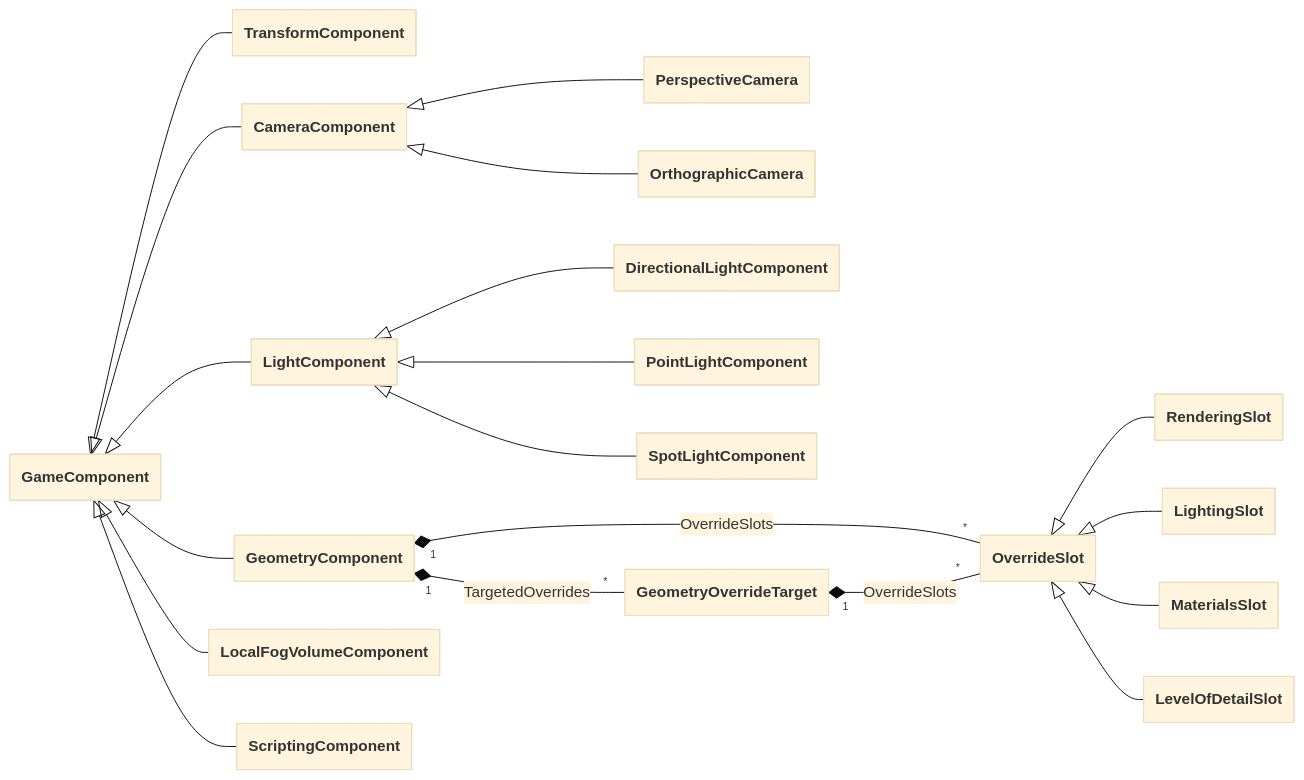
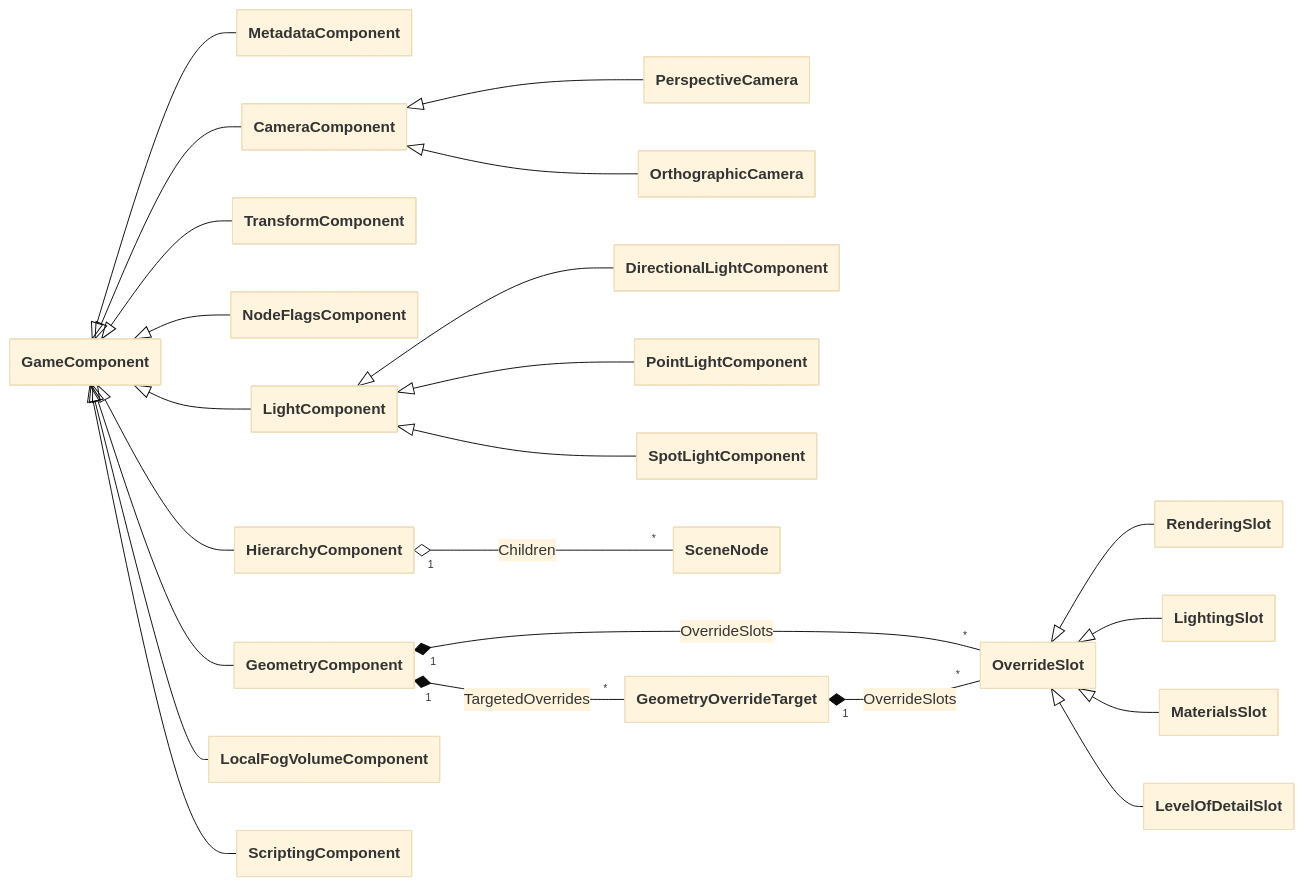
Before and after one commit to abdes/DroidNet: the third of 7 diagrams in projects/Oxygen.Editor.World/README.md, drawn with Mermaid (base theme). The commit also changed other lines of this file and 206 other files, not shown here.

````diff
--- a/projects/Oxygen.Editor.World/README.md
+++ b/projects/Oxygen.Editor.World/README.md
@@ -118,29 +113,33 @@
 ```mermaid
 ---
 config:
   class:
     hideEmptyMembersBox: true
 ---
 classDiagram
     direction LR
 
+    GameComponent <|-- MetadataComponent
+    GameComponent <|-- HierarchyComponent
     GameComponent <|-- TransformComponent
+    GameComponent <|-- NodeFlagsComponent
     GameComponent <|-- GeometryComponent
     GameComponent <|-- CameraComponent
     GameComponent <|-- LightComponent
     GameComponent <|-- LocalFogVolumeComponent
     GameComponent <|-- ScriptingComponent
     CameraComponent <|-- PerspectiveCamera
     CameraComponent <|-- OrthographicCamera
     LightComponent <|-- DirectionalLightComponent
     LightComponent <|-- PointLightComponent
     LightComponent <|-- SpotLightComponent
 
+    HierarchyComponent "1" o-- "*" SceneNode : Children
     GeometryComponent "1" *-- "*" OverrideSlot : OverrideSlots
     GeometryComponent "1" *-- "*" GeometryOverrideTarget : TargetedOverrides
     GeometryOverrideTarget "1" *-- "*" OverrideSlot : OverrideSlots
     OverrideSlot <|-- RenderingSlot
     OverrideSlot <|-- LightingSlot
     OverrideSlot <|-- MaterialsSlot
     OverrideSlot <|-- LevelOfDetailSlot
 ```
````
